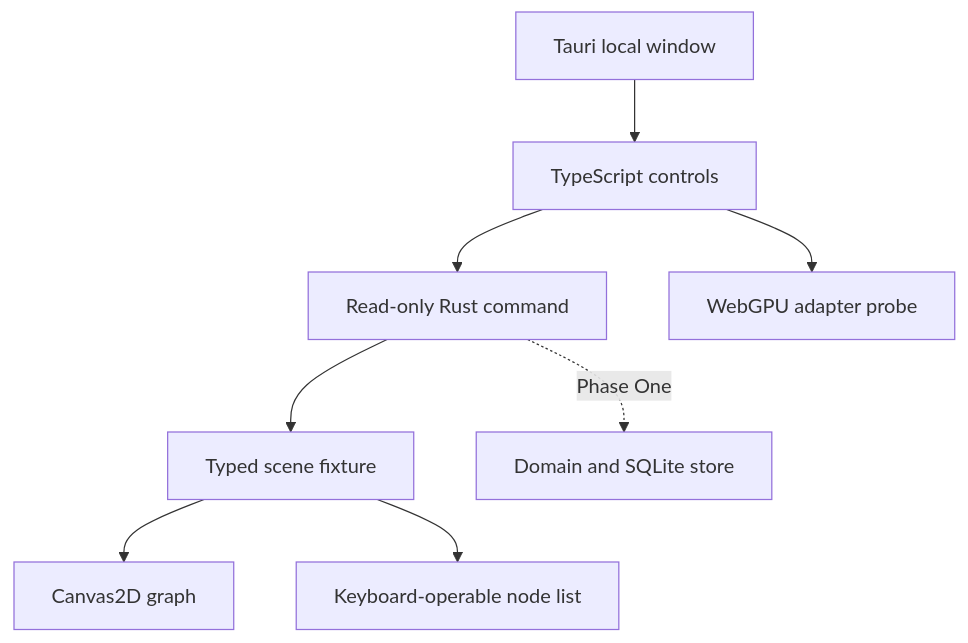
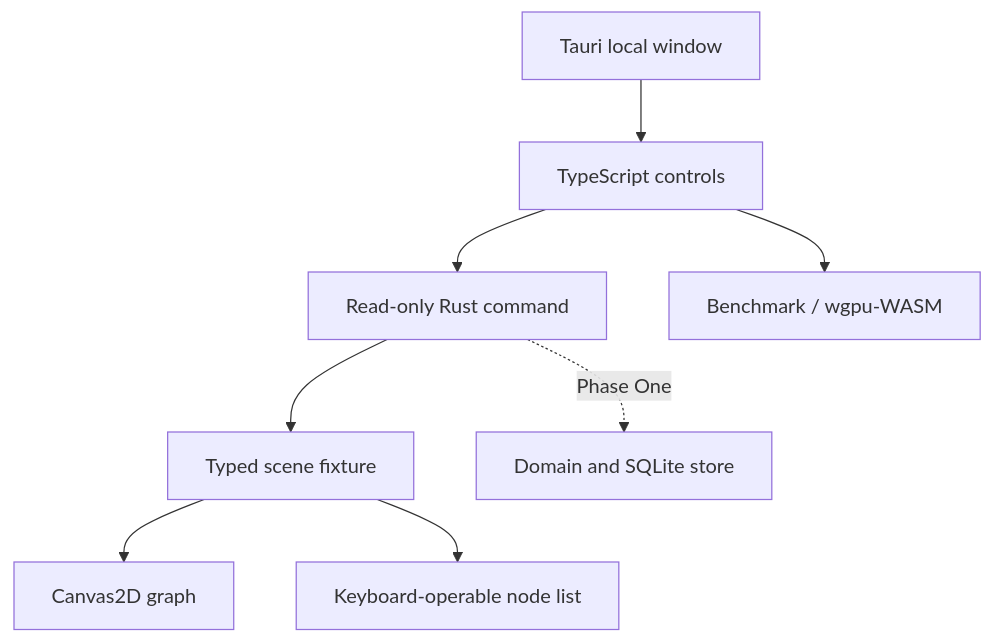
The diagram in Design-Docs/ADRs/phase-0-architecture-baseline.md (sdhaight1-hash/ConWorld-Tools), drawn with Mermaid before and after one commit. The commit also changed other lines of this file and 19 other files, not shown here.

First line of the commit message:
Add the wgpu WASM graph benchmark and device-loss fallback

````diff
--- a/Design-Docs/ADRs/phase-0-architecture-baseline.md
+++ b/Design-Docs/ADRs/phase-0-architecture-baseline.md
@@ -11,10 +11,10 @@
 ```mermaid
 flowchart TD
     A["Tauri local window"] --> B["TypeScript controls"]
     B --> C["Read-only Rust command"]
     C --> D["Typed scene fixture"]
     D --> E["Canvas2D graph"]
     D --> F["Keyboard-operable node list"]
-    B --> G["WebGPU adapter probe"]
+    B --> G["Benchmark / wgpu-WASM"]
     C -. "Phase One" .-> H["Domain and SQLite store"]
 ```
````
